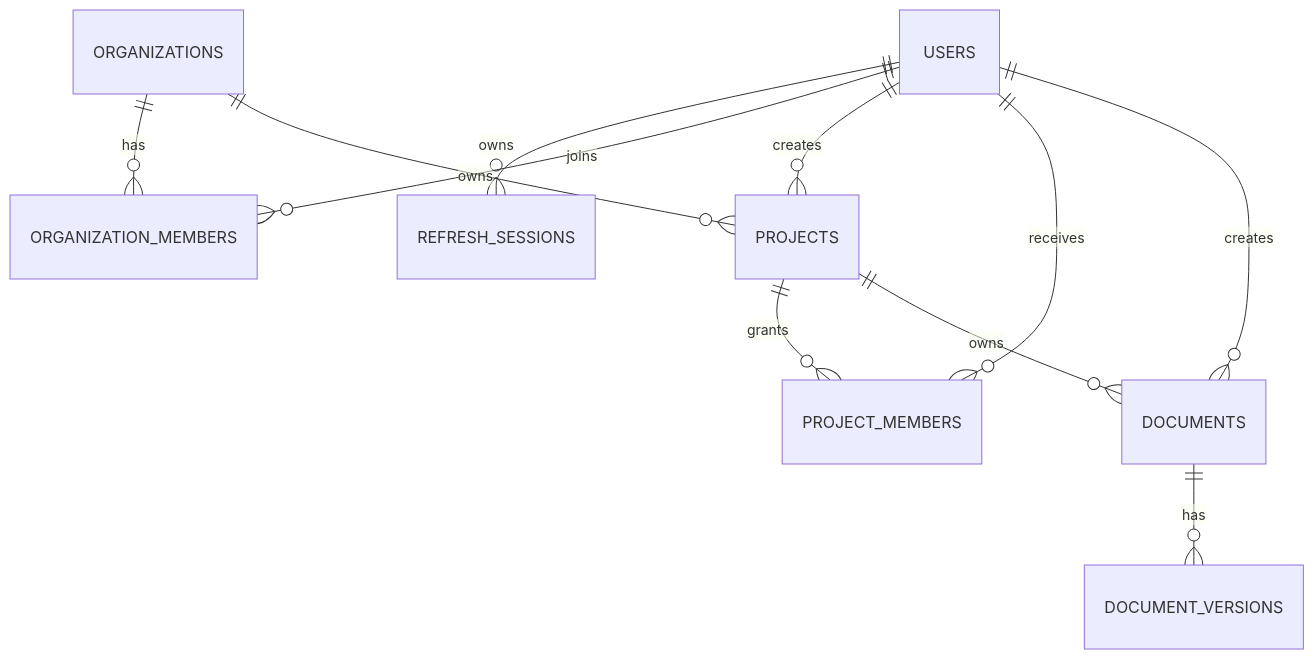
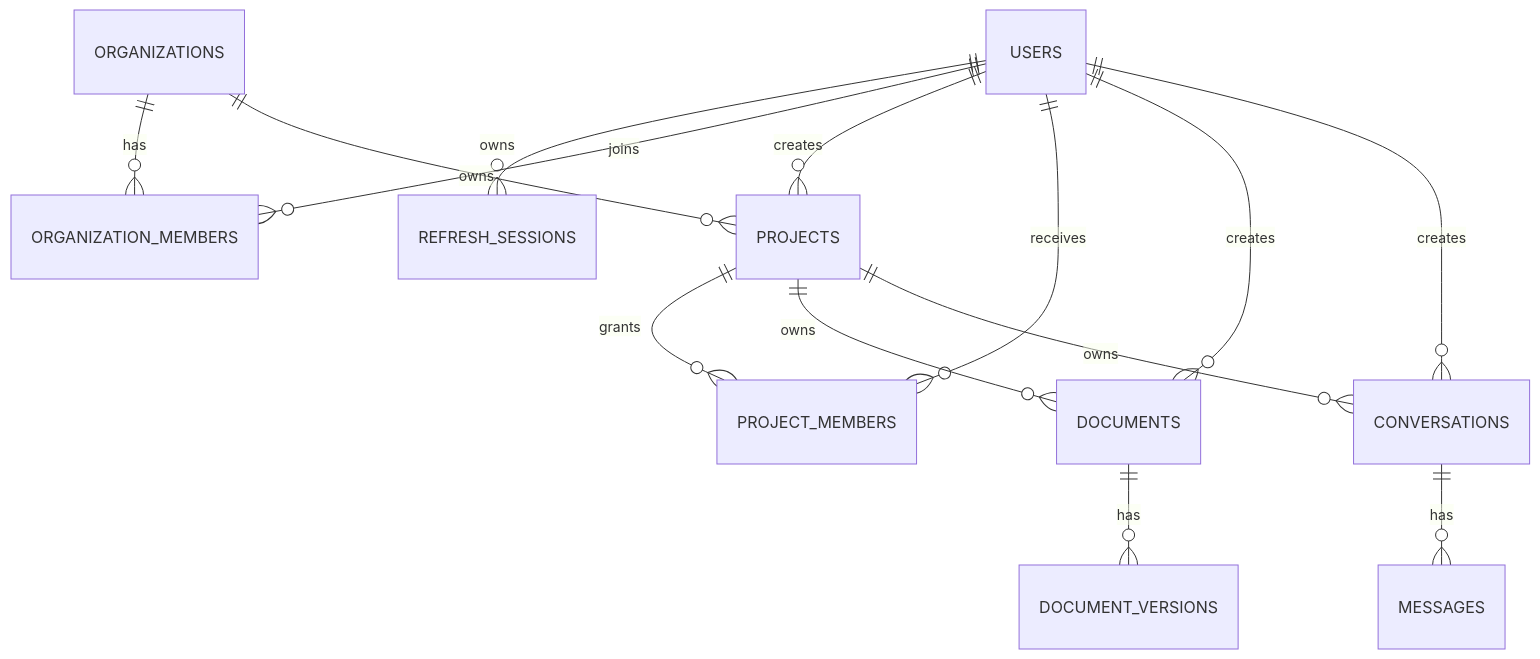
One commit to nahyan0077/knowledge-os changed the diagram in .ai/DATABASE_MAP.md. Above: the diagram before and after it, drawn with Mermaid. The commit also changed other lines of this file and 16 other files, not shown here.

Commit message:
feat(sprint-3): implement conversations and messages persistence

````diff
--- a/.ai/DATABASE_MAP.md
+++ b/.ai/DATABASE_MAP.md
@@ -13,13 +13,16 @@
 ```mermaid
 erDiagram
     USERS ||--o{ REFRESH_SESSIONS : owns
     USERS ||--o{ ORGANIZATION_MEMBERS : joins
     ORGANIZATIONS ||--o{ ORGANIZATION_MEMBERS : has
     ORGANIZATIONS ||--o{ PROJECTS : owns
     USERS ||--o{ PROJECTS : creates
     PROJECTS ||--o{ PROJECT_MEMBERS : grants
     USERS ||--o{ PROJECT_MEMBERS : receives
     PROJECTS ||--o{ DOCUMENTS : owns
     DOCUMENTS ||--o{ DOCUMENT_VERSIONS : has
     USERS ||--o{ DOCUMENTS : creates
+    PROJECTS ||--o{ CONVERSATIONS : owns
+    CONVERSATIONS ||--o{ MESSAGES : has
+    USERS ||--o{ CONVERSATIONS : creates
 ```
````
